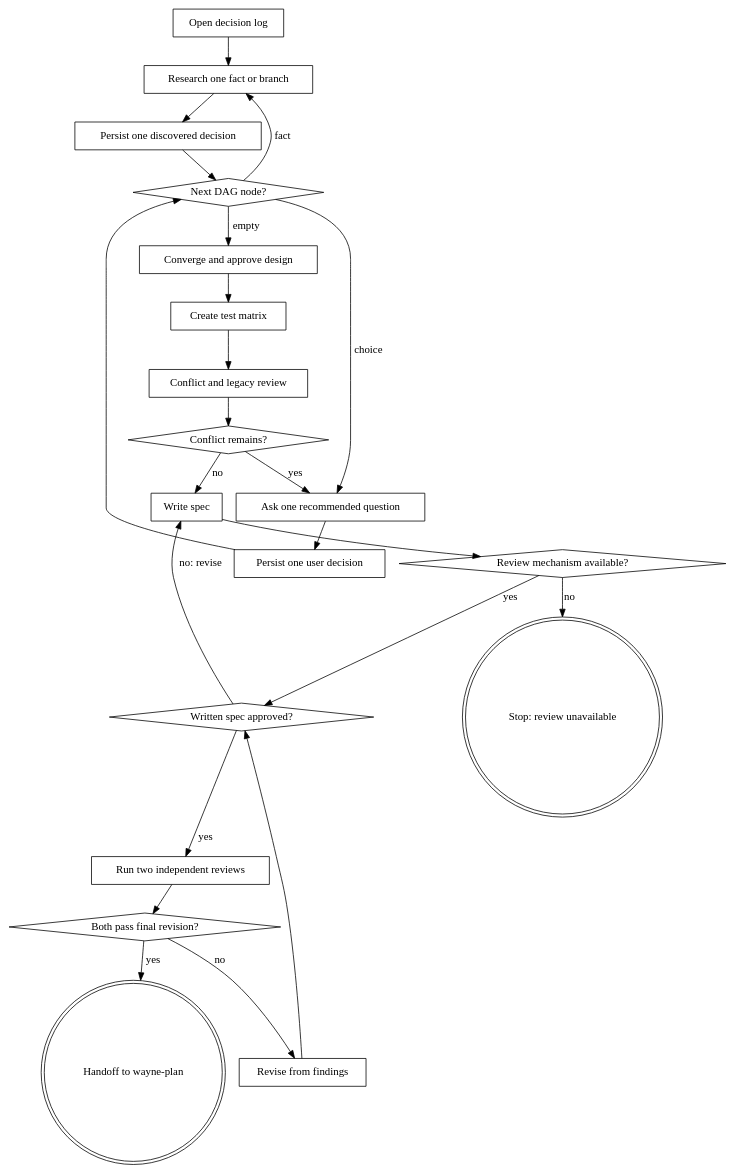
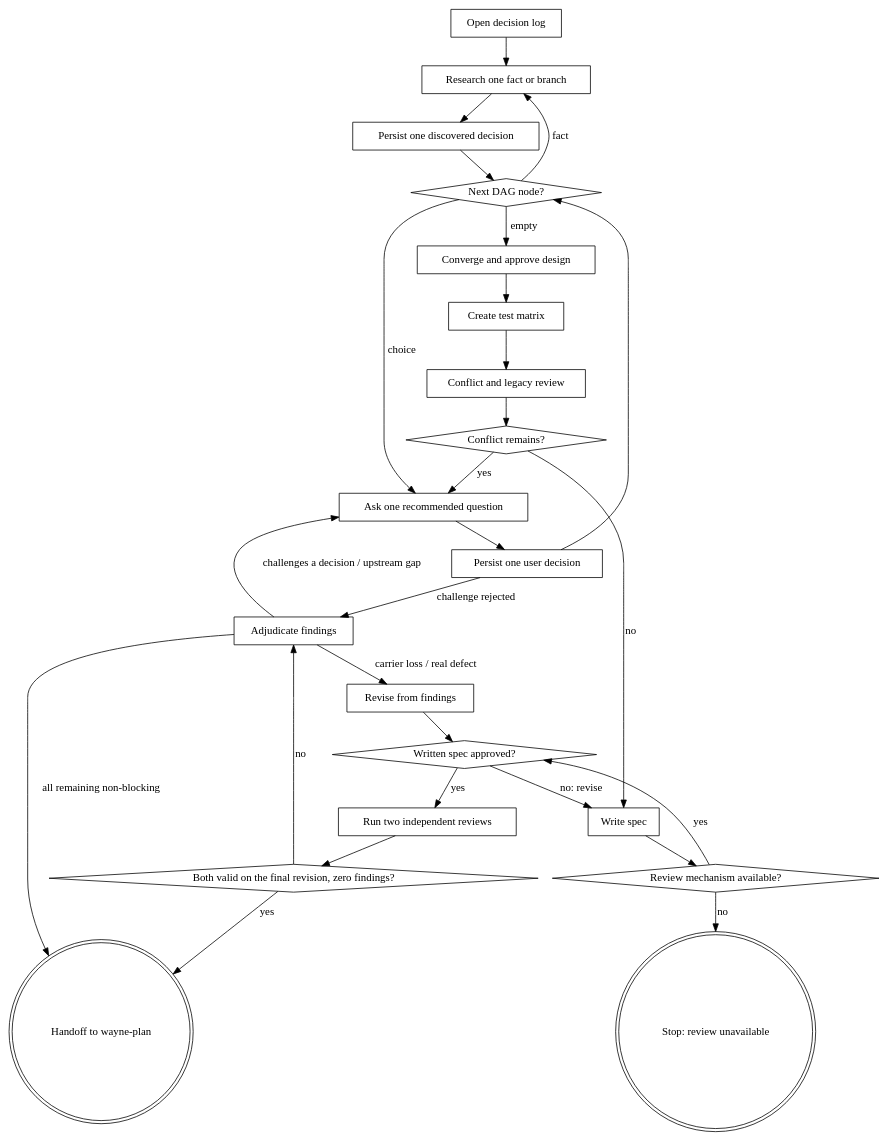
Before and after one commit to waynejing995/wayne-taste: the diagram in wayne-mind-explode/SKILL.md, drawn with Graphviz. The commit also changed other lines of this file and 12 other files, not shown here.

````diff
--- a/wayne-mind-explode/SKILL.md
+++ b/wayne-mind-explode/SKILL.md
@@ -48,46 +48,51 @@
 ```dot
 digraph mind_explode {
     rankdir=TB;
     A [label="Open decision log", shape=box];
     B [label="Research one fact or branch", shape=box];
     P [label="Persist one discovered decision", shape=box];
     C [label="Next DAG node?", shape=diamond];
     D [label="Ask one recommended question", shape=box];
     Q [label="Persist one user decision", shape=box];
     E [label="Converge and approve design", shape=box];
     F [label="Create test matrix", shape=box];
     G [label="Conflict and legacy review", shape=box];
     H [label="Conflict remains?", shape=diamond];
     I [label="Write spec", shape=box];
     V [label="Written spec approved?", shape=diamond];
     J [label="Run two independent reviews", shape=box];
-    K [label="Both pass final revision?", shape=diamond];
+    K [label="Both valid on the final revision, zero findings?", shape=diamond];
+    ADJ [label="Adjudicate findings", shape=box];
     R [label="Revise from findings", shape=box];
     U [label="Review mechanism available?", shape=diamond];
     X [label="Stop: review unavailable", shape=doublecircle];
     L [label="Handoff to wayne-plan", shape=doublecircle];
 
     A -> B;
     B -> P;
     P -> C;
     C -> B [label="fact"];
     C -> D [label="choice"];
     D -> Q;
     Q -> C;
+    Q -> ADJ [label="challenge rejected"];
     C -> E [label="empty"];
     E -> F;
     F -> G;
     G -> H;
     H -> D [label="yes"];
     H -> I [label="no"];
     I -> U;
     U -> V [label="yes"];
     U -> X [label="no"];
     V -> I [label="no: revise"];
     V -> J [label="yes"];
     J -> K;
-    K -> R [label="no"];
+    K -> L [label="yes"];
+    K -> ADJ [label="no"];
+    ADJ -> R [label="carrier loss / real defect"];
+    ADJ -> D [label="challenges a decision / upstream gap"];
+    ADJ -> L [label="all remaining non-blocking"];
     R -> V;
-    K -> L [label="yes"];
 }
 ```
````
